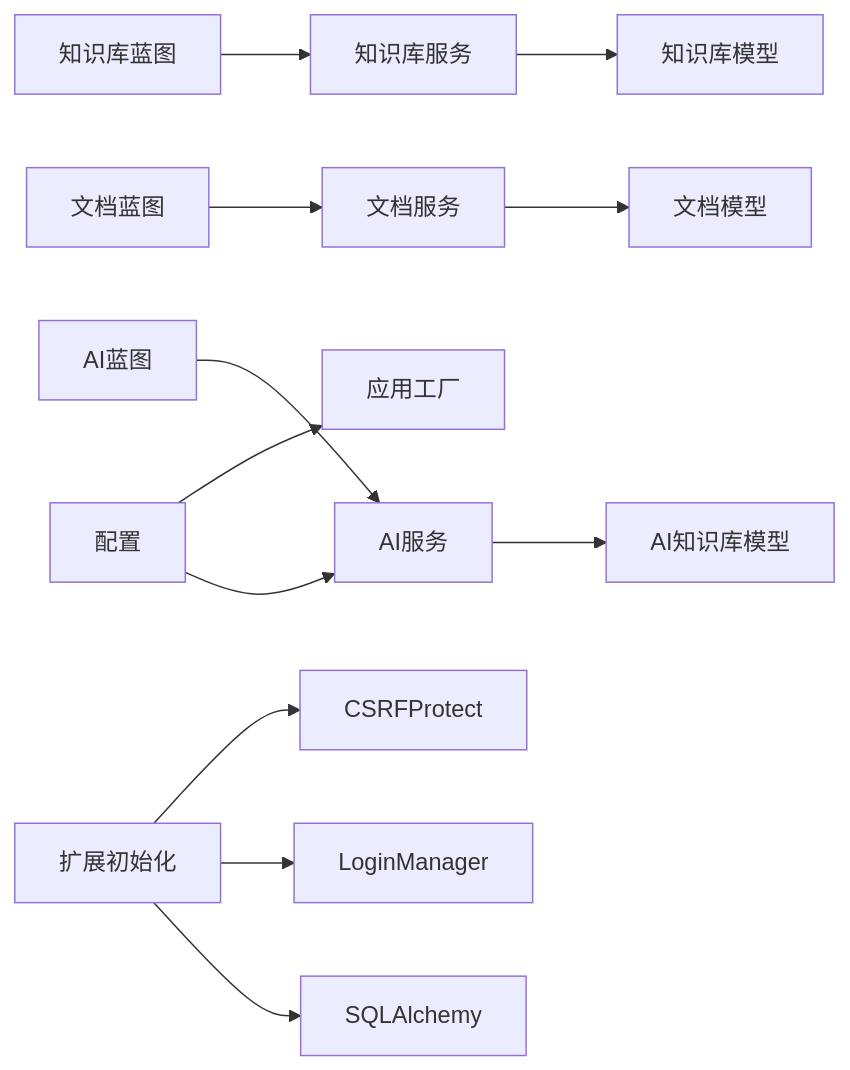
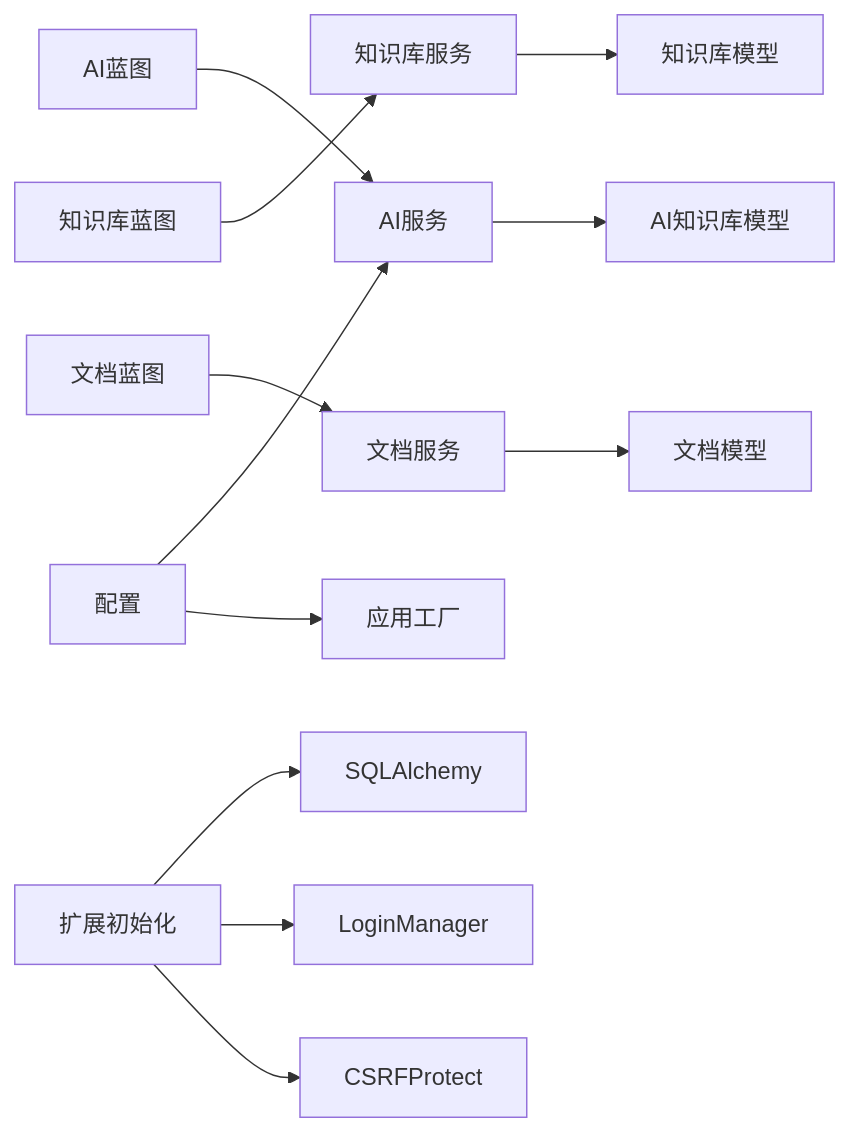
The fifth of 5 diagrams in .qoder/repowiki/zh/content/核心模块/AI知识库模块/AI知识库蓝图路由.md (beyondalbert/my_wiki), drawn with Mermaid before and after one commit. The commit also changed other lines of this file and 10 other files, not shown here.

````diff
--- a/.qoder/repowiki/zh/content/核心模块/AI知识库模块/AI知识库蓝图路由.md
+++ b/.qoder/repowiki/zh/content/核心模块/AI知识库模块/AI知识库蓝图路由.md
@@ -428,14 +411,14 @@
 ```mermaid
 graph LR
+AI_BP["AI蓝图"] --> AISVC["AI服务"]
 KB_BP["知识库蓝图"] --> KBSVC["知识库服务"]
 DOC_BP["文档蓝图"] --> DOCSVC["文档服务"]
-AI_BP["AI蓝图"] --> AISVC["AI服务"]
+AISVC --> AIMOD["AI知识库模型"]
 KBSVC --> KBMOD["知识库模型"]
 DOCSVC --> DOCMOD["文档模型"]
-AISVC --> AIMOD["AI知识库模型"]
 EXT["扩展初始化"] --> DB["SQLAlchemy"]
 EXT --> LM["LoginManager"]
 EXT --> CSRF["CSRFProtect"]
 CFG["配置"] --> AISVC
 CFG --> APP["应用工厂"]
 ```
````
